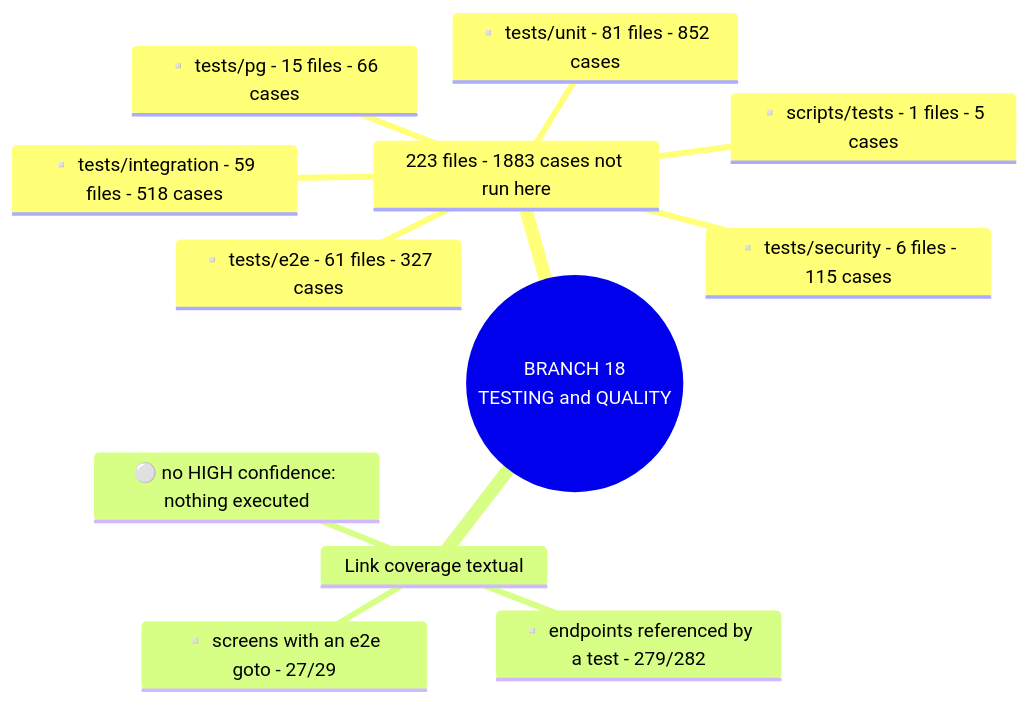
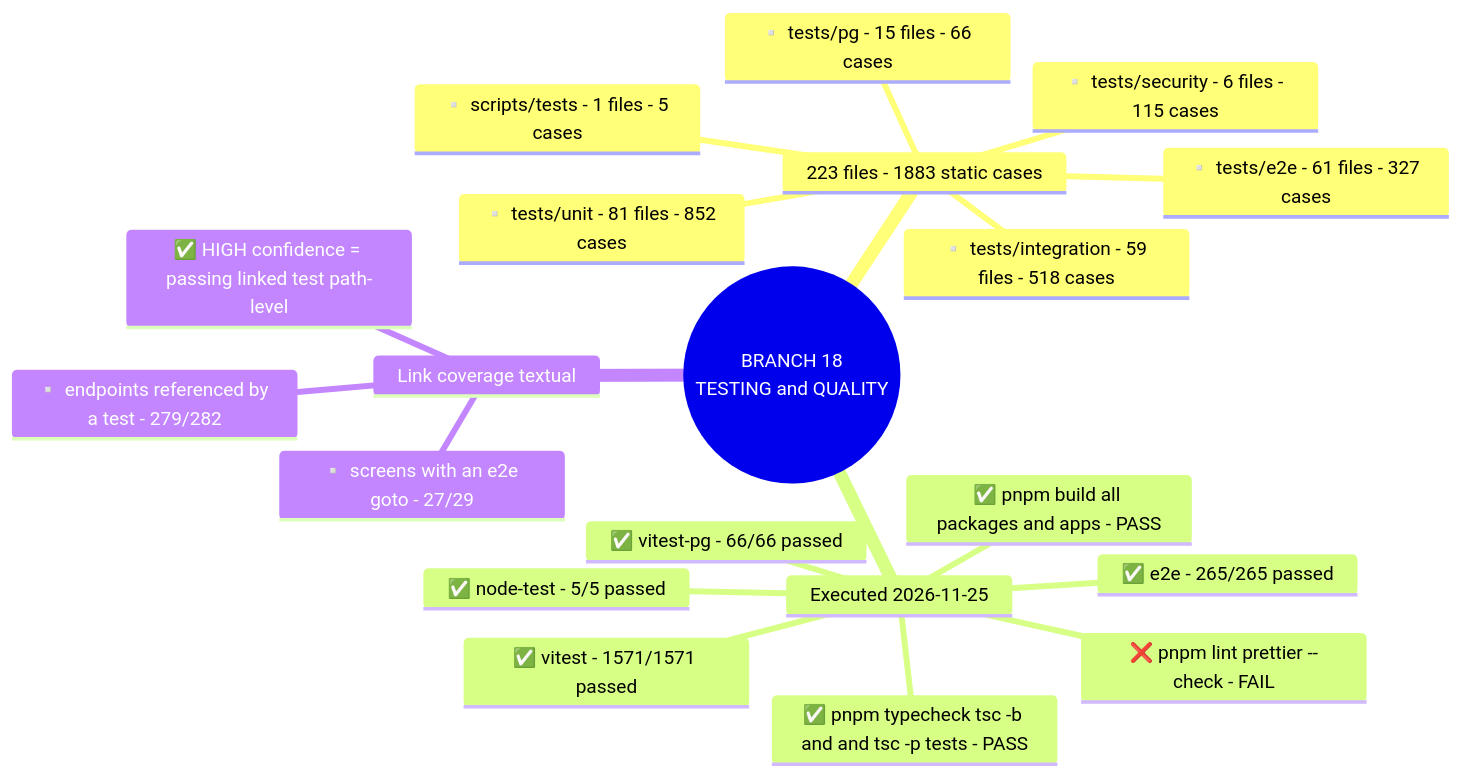
One commit to yhsomani/talentsphere-complete changed diagram 20 of 22 in project-mindmap/master/MASTER_PROJECT_DIAGRAMS.md. Above: the diagram before and after it, drawn with Mermaid. The commit also changed other lines of this file and 29 other files, not shown here.

First line of the commit message:
docs: execution-backed project mind map, stable IDs and docs-vs-code reconciliation

````diff
--- a/project-mindmap/master/MASTER_PROJECT_DIAGRAMS.md
+++ b/project-mindmap/master/MASTER_PROJECT_DIAGRAMS.md
@@ -535,15 +550,23 @@
 ```mermaid
 mindmap
   root(("BRANCH 18<br/>TESTING and QUALITY"))
-    223 files - 1883 cases not run here
+    223 files - 1883 static cases
       ▫️ scripts/tests - 1 files - 5 cases
       ▫️ tests/e2e - 61 files - 327 cases
       ▫️ tests/integration - 59 files - 518 cases
       ▫️ tests/pg - 15 files - 66 cases
       ▫️ tests/security - 6 files - 115 cases
       ▫️ tests/unit - 81 files - 852 cases
+    Executed 2026-11-25
+      ✅ vitest - 1571/1571 passed
+      ✅ vitest-pg - 66/66 passed
+      ✅ e2e - 265/265 passed
+      ✅ node-test - 5/5 passed
+      ✅ pnpm build all packages and apps - PASS
+      ✅ pnpm typecheck tsc -b and and tsc -p tests - PASS
+      ❌ pnpm lint prettier --check - FAIL
     Link coverage textual
       ▫️ endpoints referenced by a test - 279/282
       ▫️ screens with an e2e goto - 27/29
-      ⚪ no HIGH confidence: nothing executed
+      ✅ HIGH confidence = passing linked test path-level
 ```
````
